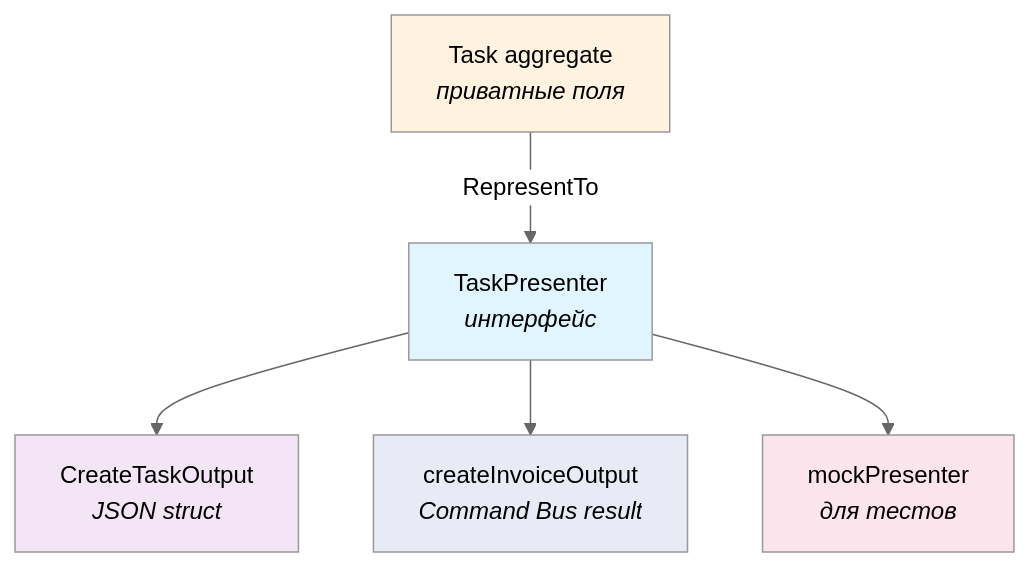
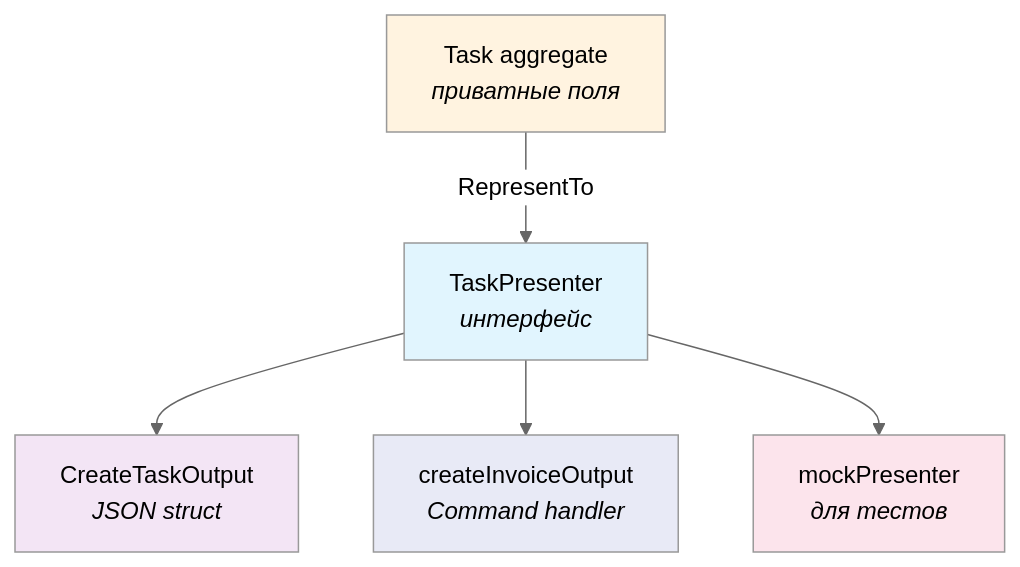
Before and after one commit to shuldan/skeleton: diagram 13 of 14 in README.md, drawn with Mermaid (neutral theme). The commit also changed other lines of this file and 16 other files, not shown here.

````diff
--- a/README.md
+++ b/README.md
@@ -1709,14 +1588,14 @@
 ```mermaid
 graph TB
     AGG["Task aggregate<br/><i>приватные поля</i>"] -->|RepresentTo| PI["TaskPresenter<br/><i>интерфейс</i>"]
 
     PI --> HTTP["CreateTaskOutput<br/><i>JSON struct</i>"]
-    PI --> CMD["createInvoiceOutput<br/><i>Command Bus result</i>"]
+    PI --> CMD["createInvoiceOutput<br/><i>Command handler</i>"]
     PI --> TEST["mockPresenter<br/><i>для тестов</i>"]
 
     style AGG fill:#fff3e0
     style PI fill:#e1f5fe
     style HTTP fill:#f3e5f5
     style CMD fill:#e8eaf6
     style TEST fill:#fce4ec
 ```
````
